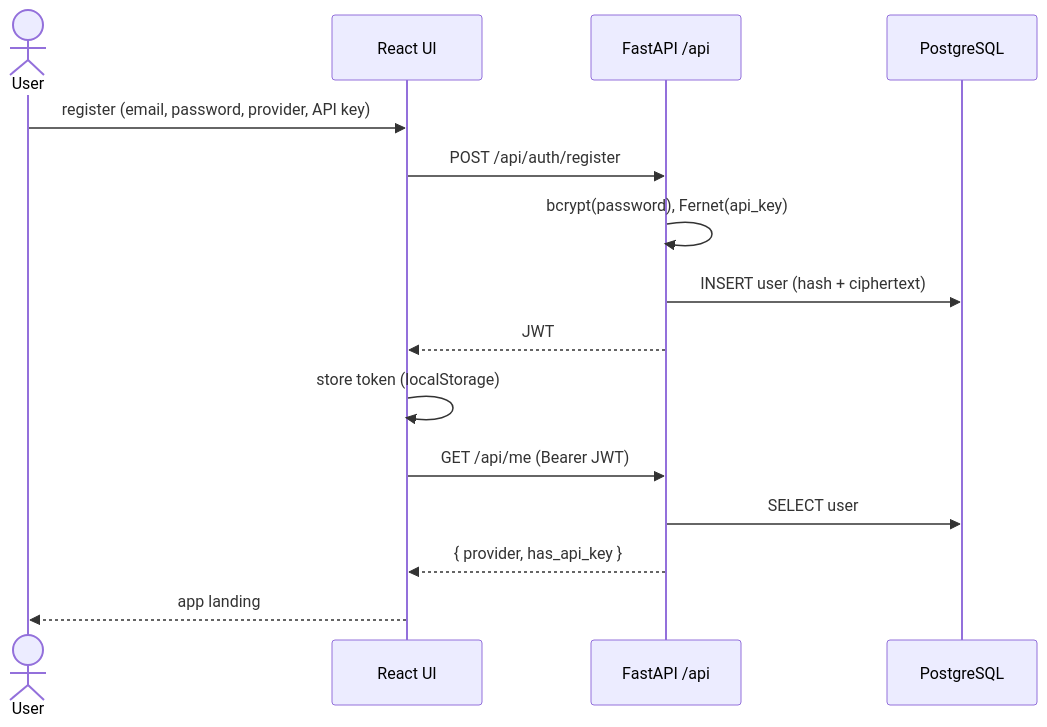
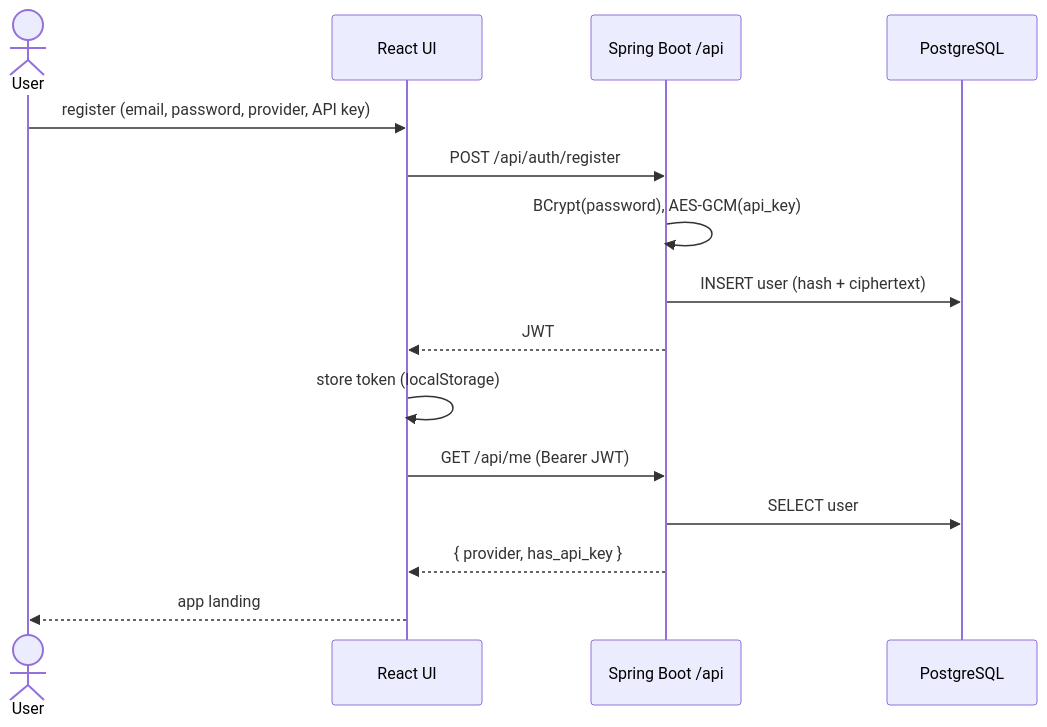
The fourth of 7 diagrams in docs/ARCHITECTURE.md (rishabh750/quiz), drawn with Mermaid before and after one commit. The commit also changed other lines of this file and 83 other files, not shown here.

````diff
--- a/docs/ARCHITECTURE.md
+++ b/docs/ARCHITECTURE.md
@@ -107,18 +137,18 @@
 ```mermaid
 sequenceDiagram
   actor U as User
   participant UI as React UI
-  participant API as FastAPI /api
+  participant API as Spring Boot /api
   participant DB as PostgreSQL
 
   U->>UI: register (email, password, provider, API key)
   UI->>API: POST /api/auth/register
-  API->>API: bcrypt(password), Fernet(api_key)
+  API->>API: BCrypt(password), AES-GCM(api_key)
   API->>DB: INSERT user (hash + ciphertext)
   API-->>UI: JWT
   UI->>UI: store token (localStorage)
   UI->>API: GET /api/me (Bearer JWT)
   API->>DB: SELECT user
   API-->>UI: { provider, has_api_key }
   UI-->>U: app landing
 ```
````
